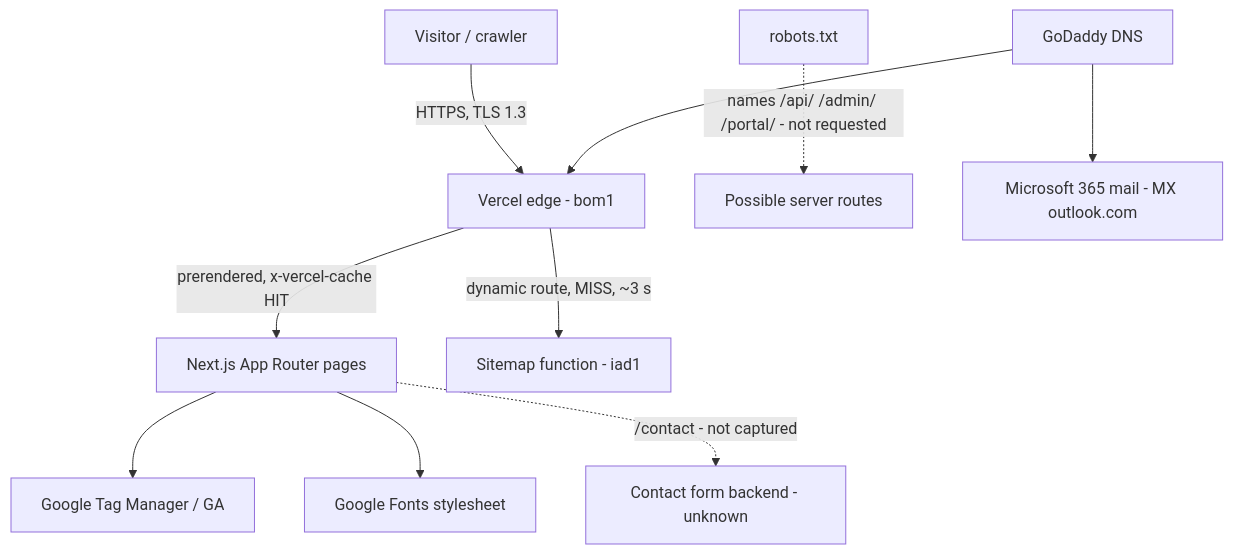
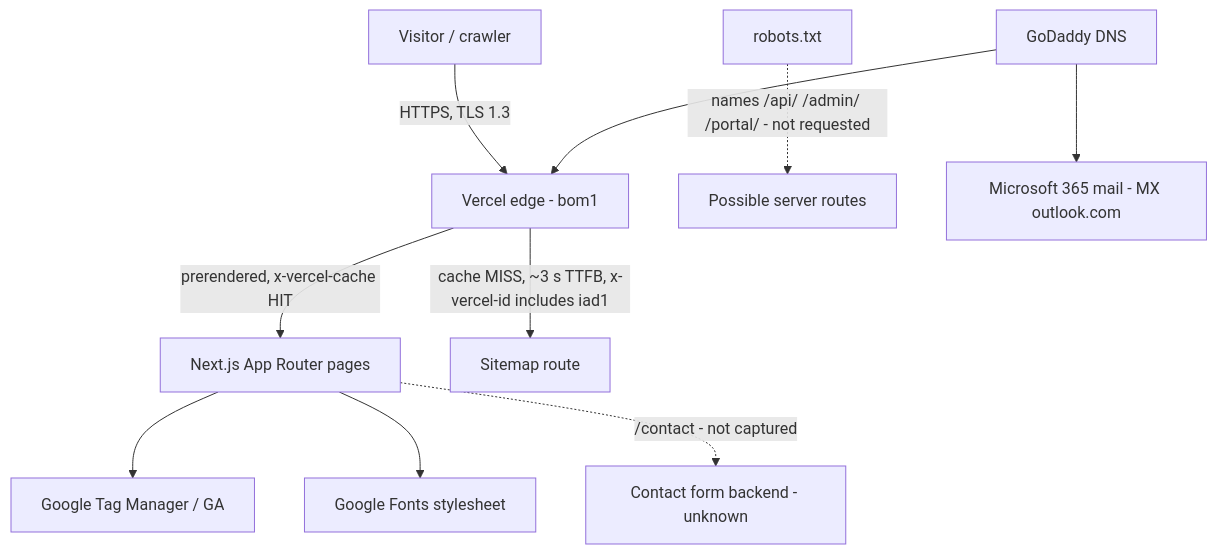
One commit to shreypandey419/cynbit-backend-audit changed the first of 2 diagrams in docs/architecture.md. Above: the diagram before and after it, drawn with Mermaid. The commit also changed 2 other files, not shown here.

Commit message:
Remove duplicate draft report; align REPORT with hedged findings

````diff
--- a/docs/architecture.md
+++ b/docs/architecture.md
@@ -3,12 +3,12 @@
 ```mermaid
 graph TD
     U[Visitor / crawler] -->|HTTPS, TLS 1.3| E[Vercel edge - bom1]
     E -->|prerendered, x-vercel-cache HIT| P[Next.js App Router pages]
-    E -->|dynamic route, MISS, ~3 s| S[Sitemap function - iad1]
+    E -->|cache MISS, ~3 s TTFB, x-vercel-id includes iad1| S[Sitemap route]
     P --> GA[Google Tag Manager / GA]
     P --> GF[Google Fonts stylesheet]
     P -.->|/contact - not captured| F[Contact form backend - unknown]
     R[robots.txt] -.->|names /api/ /admin/ /portal/ - not requested| X[Possible server routes]
     DNS[GoDaddy DNS] --> E
     DNS --> M[Microsoft 365 mail - MX outlook.com]
 ```
````
